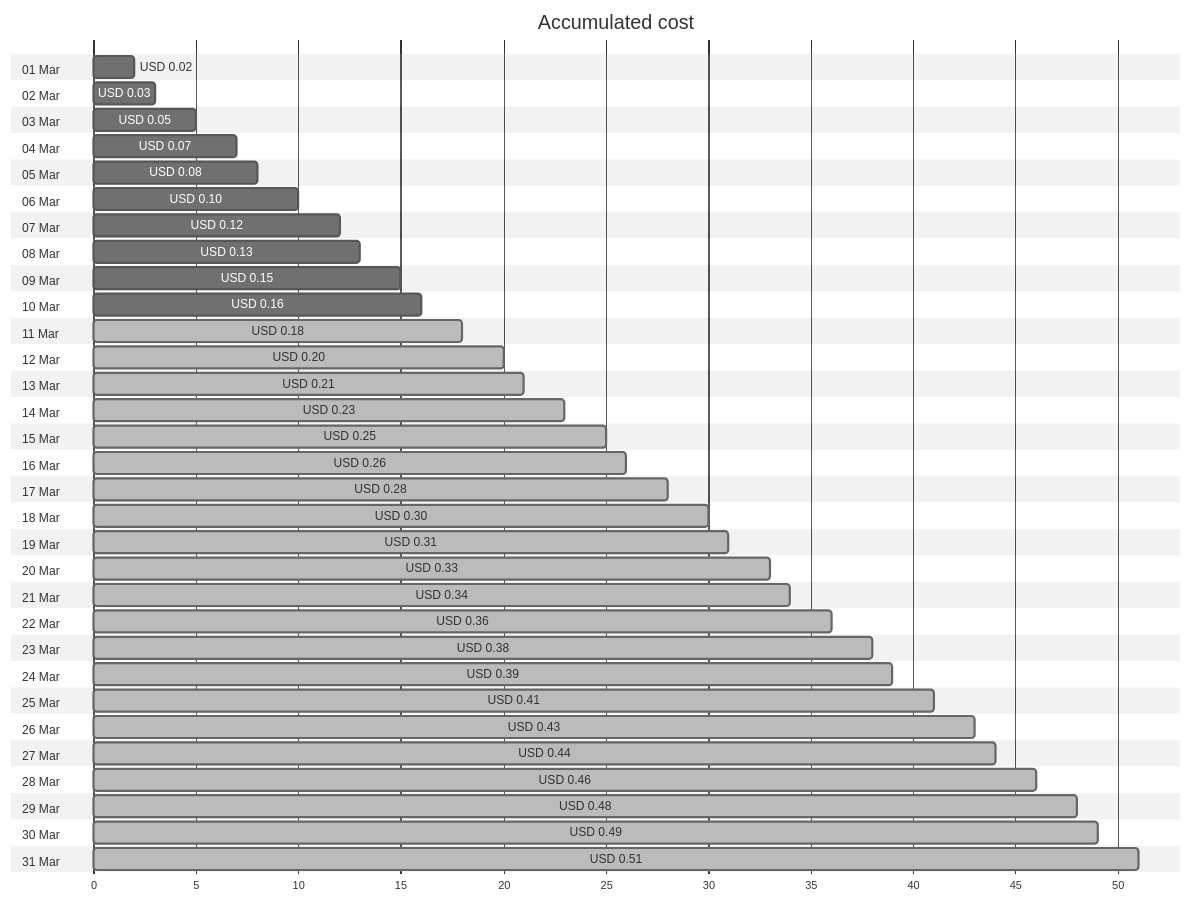
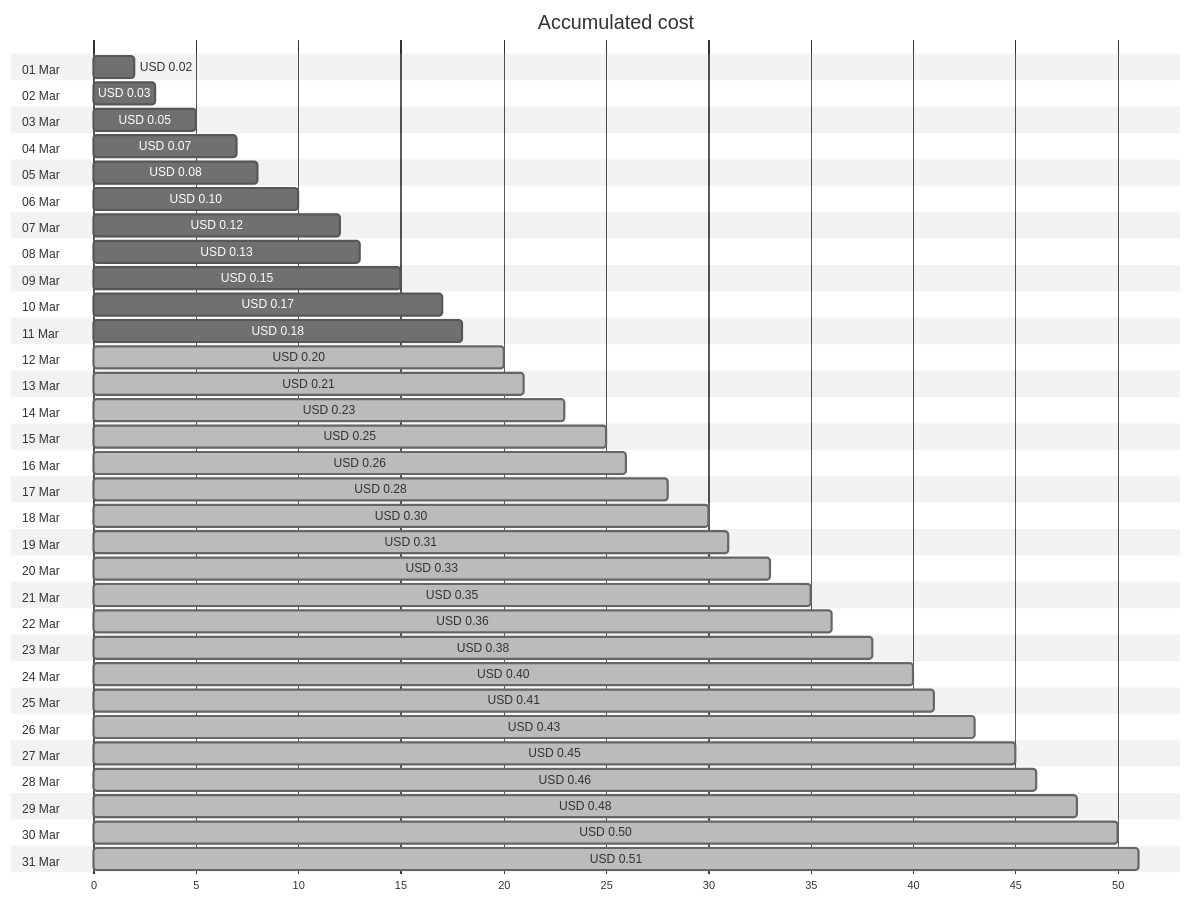
One commit to jpfulton/azure-personal-reports changed the first of 4 diagrams in cost-reports/personal-dns/jpatrickfulton.dev.md. Above: the diagram before and after it, drawn with Mermaid (neutral theme). The commit also changed other lines of this file and 2 other files, not shown here.

````diff
--- a/cost-reports/personal-dns/jpatrickfulton.dev.md
+++ b/cost-reports/personal-dns/jpatrickfulton.dev.md
@@ -20,68 +20,68 @@
 ```mermaid
 gantt
    title Accumulated cost
    dateFormat  X
    axisFormat %s
    section 01 Mar
    USD 0.02 :0, 2
    section 02 Mar
    USD 0.03 :0, 3
    section 03 Mar
    USD 0.05 :0, 5
    section 04 Mar
    USD 0.07 :0, 7
    section 05 Mar
    USD 0.08 :0, 8
    section 06 Mar
    USD 0.10 :0, 10
    section 07 Mar
    USD 0.12 :0, 12
    section 08 Mar
    USD 0.13 :0, 13
    section 09 Mar
    USD 0.15 :0, 15
    section 10 Mar
-   USD 0.16 :0, 16
+   USD 0.17 :0, 17
    section 11 Mar
-   USD 0.18 : done, 0, 18
+   USD 0.18 :0, 18
    section 12 Mar
    USD 0.20 : done, 0, 20
    section 13 Mar
    USD 0.21 : done, 0, 21
    section 14 Mar
    USD 0.23 : done, 0, 23
    section 15 Mar
    USD 0.25 : done, 0, 25
    section 16 Mar
    USD 0.26 : done, 0, 26
    section 17 Mar
    USD 0.28 : done, 0, 28
    section 18 Mar
    USD 0.30 : done, 0, 30
    section 19 Mar
    USD 0.31 : done, 0, 31
    section 20 Mar
    USD 0.33 : done, 0, 33
    section 21 Mar
-   USD 0.34 : done, 0, 34
+   USD 0.35 : done, 0, 35
    section 22 Mar
    USD 0.36 : done, 0, 36
    section 23 Mar
    USD 0.38 : done, 0, 38
    section 24 Mar
-   USD 0.39 : done, 0, 39
+   USD 0.40 : done, 0, 40
    section 25 Mar
    USD 0.41 : done, 0, 41
    section 26 Mar
    USD 0.43 : done, 0, 43
    section 27 Mar
-   USD 0.44 : done, 0, 44
+   USD 0.45 : done, 0, 45
    section 28 Mar
    USD 0.46 : done, 0, 46
    section 29 Mar
    USD 0.48 : done, 0, 48
    section 30 Mar
-   USD 0.49 : done, 0, 49
+   USD 0.50 : done, 0, 50
    section 31 Mar
    USD 0.51 : done, 0, 51
 ```
````
